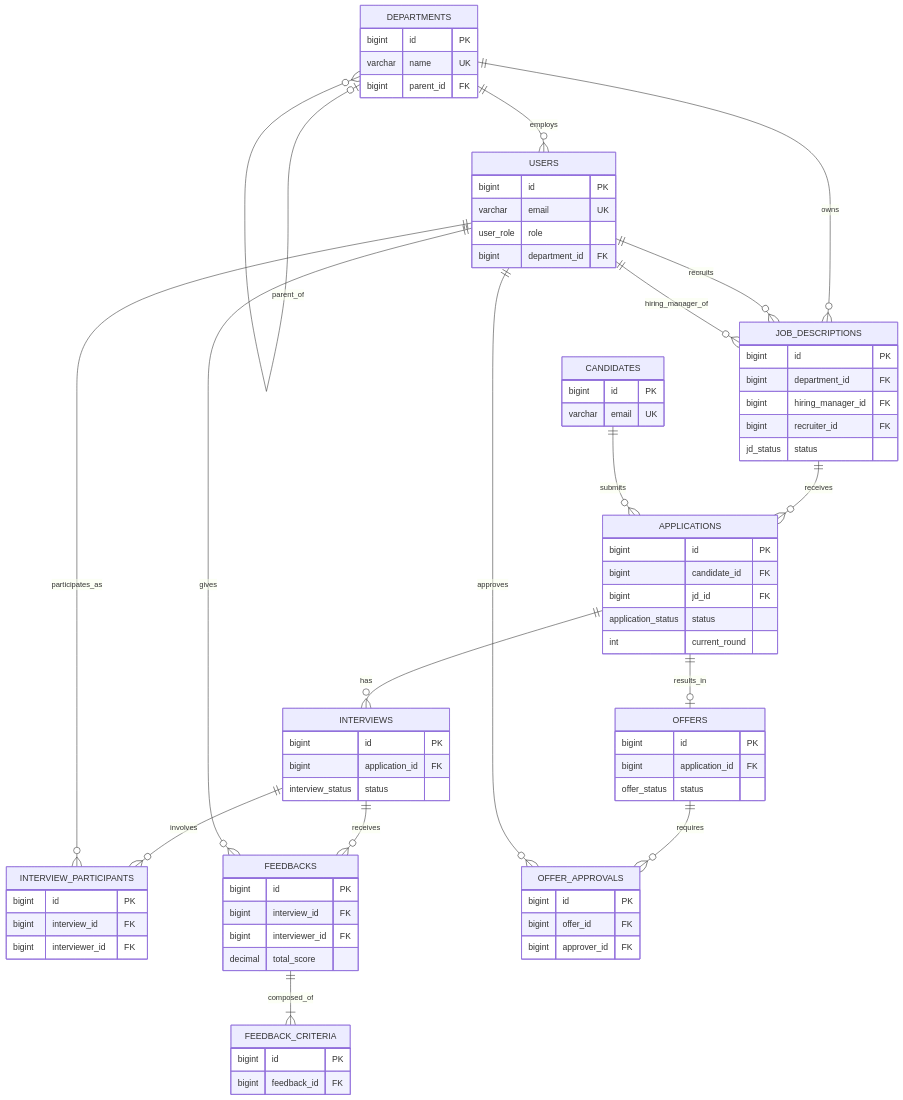
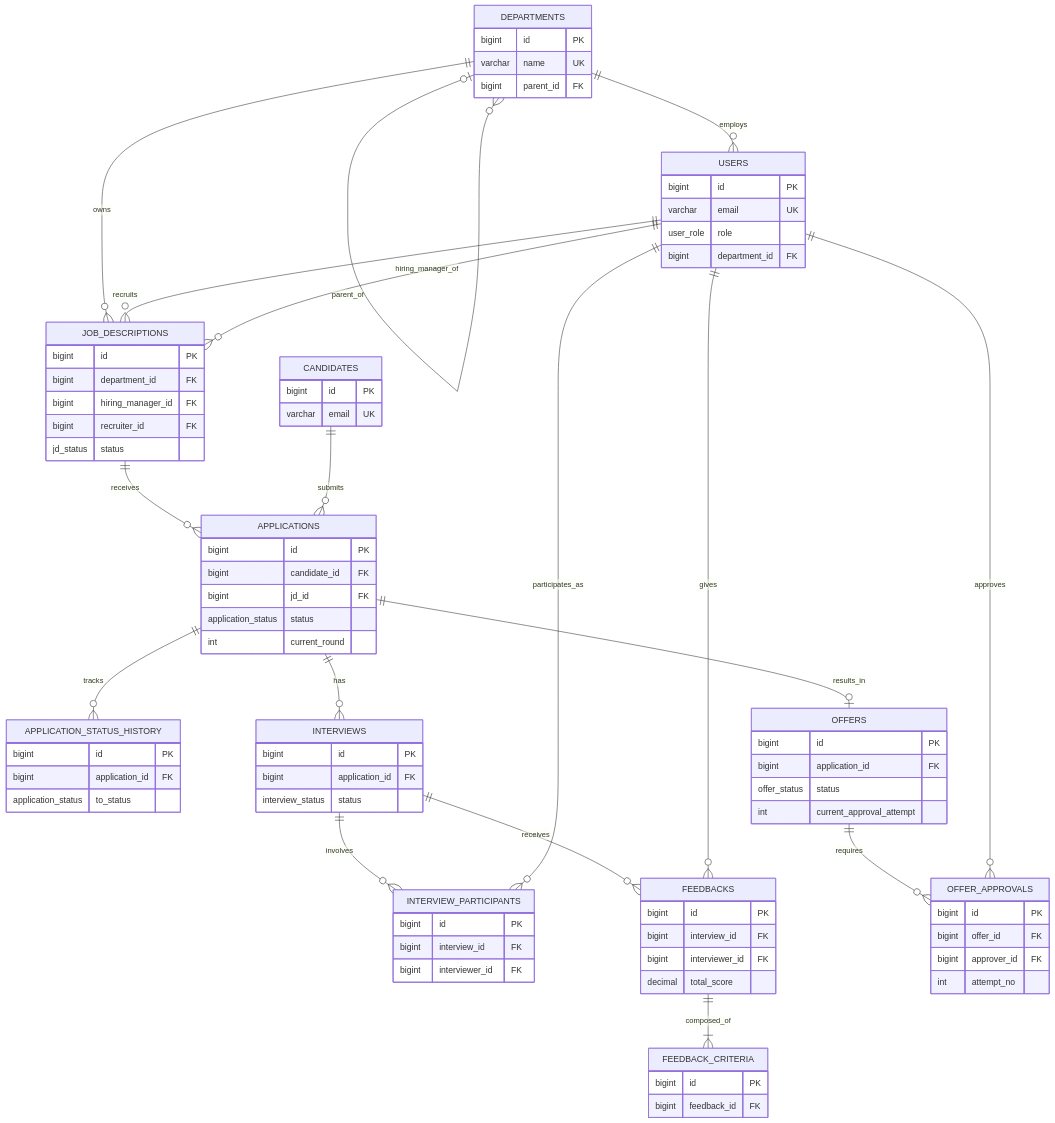
Before and after one commit to ktcshust/IT3120: the third of 3 diagrams in report/chapter_4_data.md, drawn with Mermaid. The commit also changed other lines of this file and 16 other files, not shown here.

First line of the commit message:
Update documentation and diagrams for ATS mini project following audit

```diff
--- a/report/chapter_4_data.md
+++ b/report/chapter_4_data.md
@@ -236,6 +258,11 @@
         application_status status
         int current_round
     }
+    APPLICATION_STATUS_HISTORY {
+        bigint id PK
+        bigint application_id FK
+        application_status to_status
+    }
     INTERVIEWS {
         bigint id PK
         bigint application_id FK
@@ -260,11 +287,13 @@
         bigint id PK
         bigint application_id FK
         offer_status status
+        int current_approval_attempt
     }
     OFFER_APPROVALS {
         bigint id PK
         bigint offer_id FK
         bigint approver_id FK
+        int attempt_no
     }
 
     DEPARTMENTS |o--o{ DEPARTMENTS : parent_of
@@ -276,6 +305,7 @@
     CANDIDATES ||--o{ APPLICATIONS : submits
     APPLICATIONS ||--o{ INTERVIEWS : has
     APPLICATIONS ||--o| OFFERS : results_in
+    APPLICATIONS ||--o{ APPLICATION_STATUS_HISTORY : tracks
     INTERVIEWS ||--o{ INTERVIEW_PARTICIPANTS : involves
     USERS ||--o{ INTERVIEW_PARTICIPANTS : participates_as
     INTERVIEWS ||--o{ FEEDBACKS : receives
```
